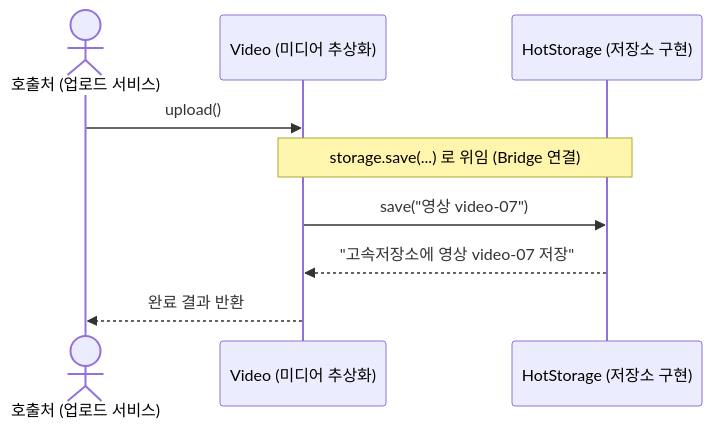
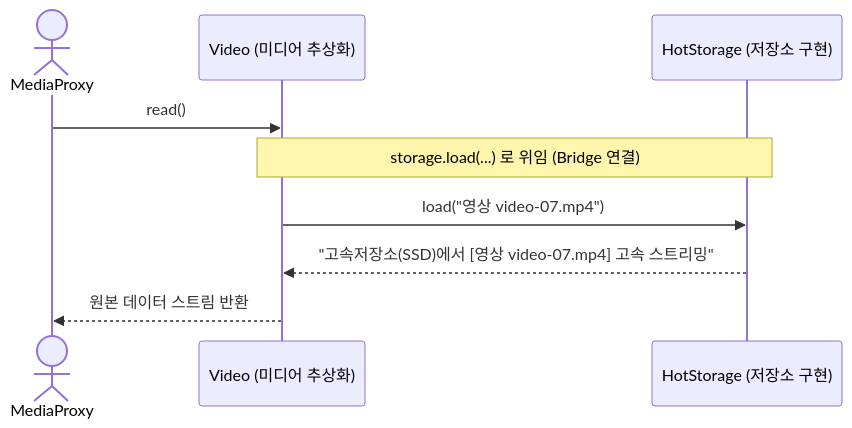
Before and after one commit to Data-MaSTeRR/samsung-aa-design-patterns: the fourth of 5 diagrams in out/production/team3-media/PRESENTATION.md, drawn with Mermaid. The commit also changed other lines of this file and 68 other files, not shown here.

````diff
--- a/out/production/team3-media/PRESENTATION.md
+++ b/out/production/team3-media/PRESENTATION.md
@@ -204,12 +237,12 @@
 ```mermaid
 sequenceDiagram
-    actor Client as 호출처 (업로드 서비스)
+    actor Proxy as MediaProxy
     participant Video as Video (미디어 추상화)
     participant HotStorage as HotStorage (저장소 구현)
 
-    Client->>Video: upload()
-    Note over Video,HotStorage: storage.save(...) 로 위임 (Bridge 연결)
-    Video->>HotStorage: save("영상 video-07")
-    HotStorage-->>Video: "고속저장소에 영상 video-07 저장"
-    Video-->>Client: 완료 결과 반환
+    Proxy->>Video: read()
+    Note over Video,HotStorage: storage.load(...) 로 위임 (Bridge 연결)
+    Video->>HotStorage: load("영상 video-07.mp4")
+    HotStorage-->>Video: "고속저장소(SSD)에서 [영상 video-07.mp4] 고속 스트리밍"
+    Video-->>Proxy: 원본 데이터 스트림 반환
 ```
````
